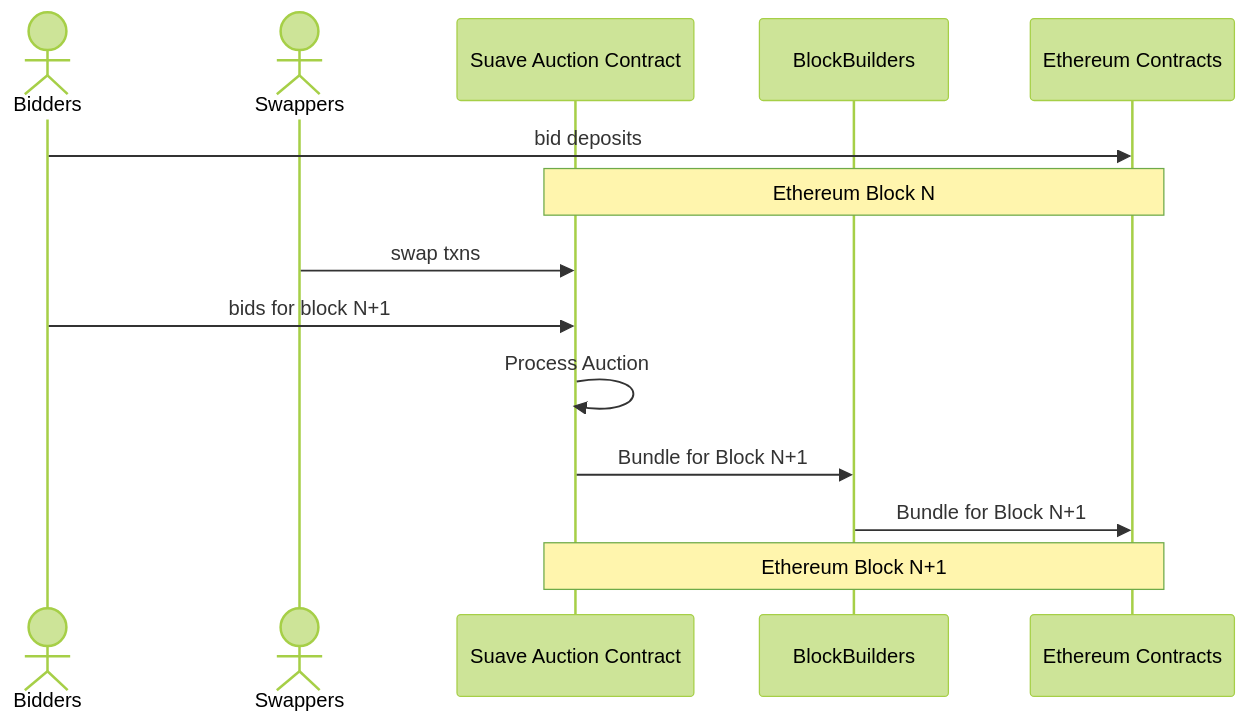
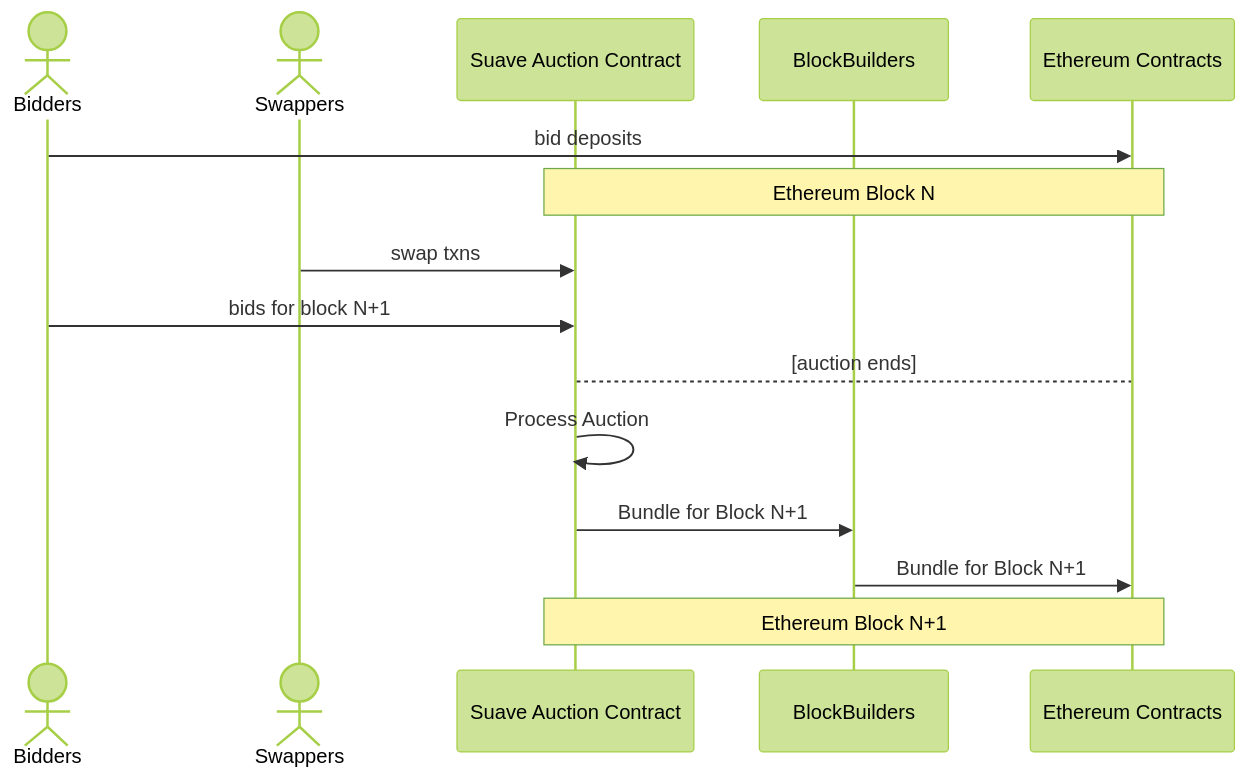
Before and after one commit to Lilyjjo/tldr-research: the diagram in README.md, drawn with Mermaid (forest theme).

````diff
--- a/README.md
+++ b/README.md
@@ -27,16 +27,17 @@
 ```mermaid
 sequenceDiagram
     actor Bidders
     actor Swappers
     participant Suave Auction Contract
     participant BlockBuilders
     participant Ethereum Contracts
     Bidders->>Ethereum Contracts: bid deposits
     Note over Suave Auction Contract,Ethereum Contracts : Ethereum Block N
     Swappers->>Suave Auction Contract: swap txns
     Bidders->>Suave Auction Contract: bids for block N+1
+    Suave Auction Contract-->Ethereum Contracts: [auction ends]
     Suave Auction Contract->>Suave Auction Contract: Process Auction
     Suave Auction Contract->>BlockBuilders: Bundle for Block N+1
     BlockBuilders->>Ethereum Contracts: Bundle for Block N+1 
     Note over Suave Auction Contract,Ethereum Contracts : Ethereum Block N+1
 ```
````
